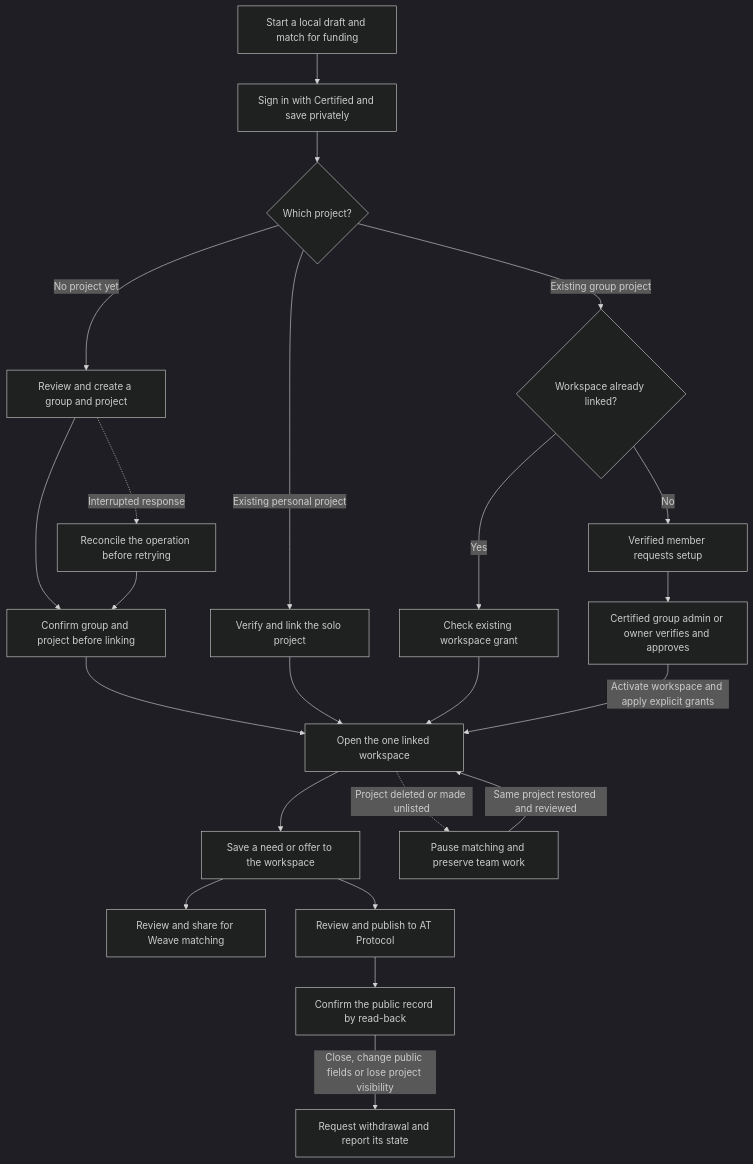
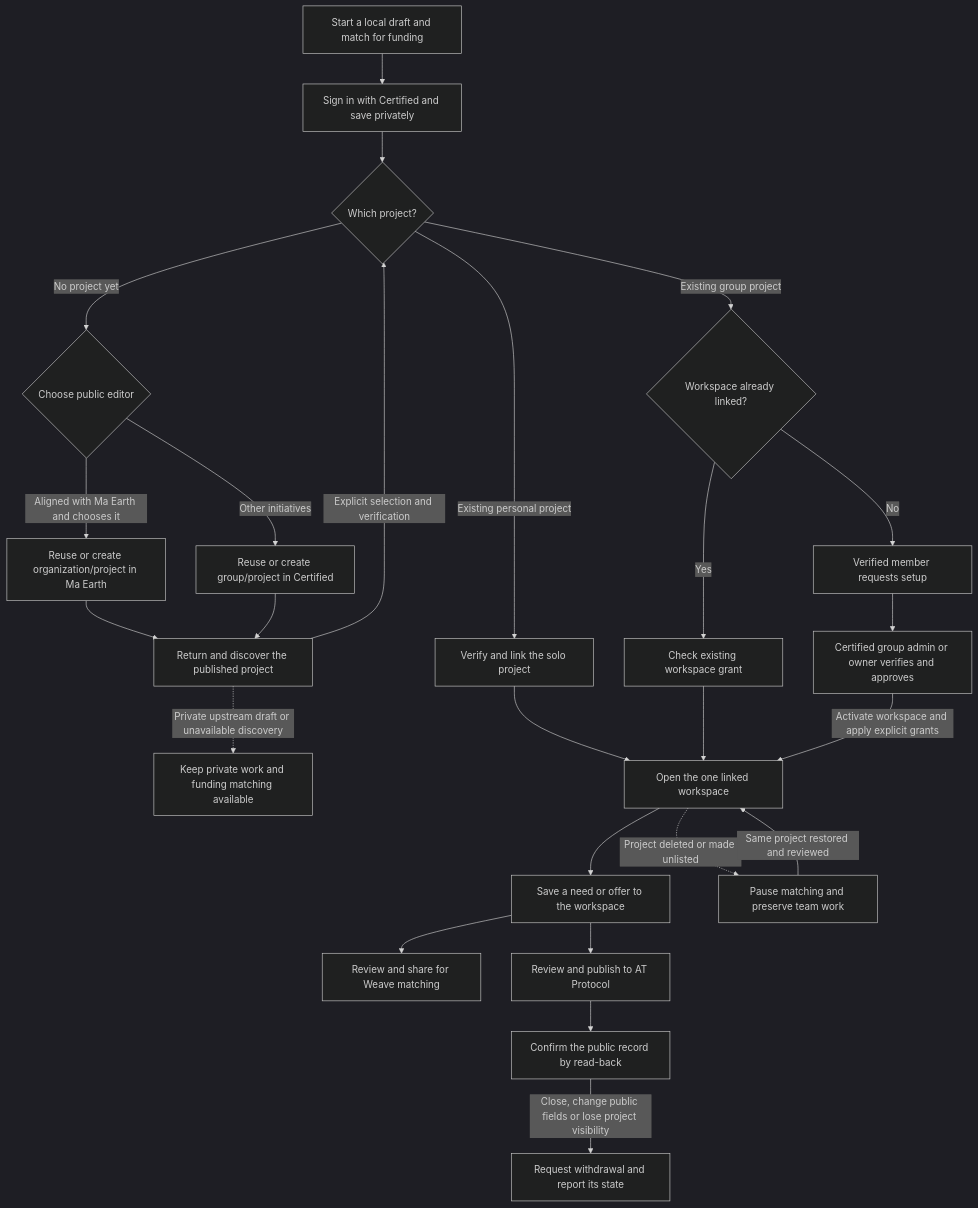
Before and after one commit to regen-commons/weave: the second of 10 diagrams in docs/platform/03-logical-architecture.md, drawn with Mermaid (dark theme). The commit also changed other lines of this file and 5 other files, not shown here.

Commit message:
docs(platform): use external public project editors

````diff
--- a/docs/platform/03-logical-architecture.md
+++ b/docs/platform/03-logical-architecture.md
@@ -54,25 +57,27 @@
 ```mermaid
 flowchart TB
   draft["Start a local draft and match for funding"] --> save["Sign in with Certified and save privately"]
   save --> select{"Which project?"}
-  select -->|"No project yet"| create["Review and create a group and project"]
+  select -->|"No project yet"| editor{"Choose public editor"}
+  editor -->|"Aligned with Ma Earth and chooses it"| ma["Reuse or create organization/project in Ma Earth"]
+  editor -->|"Other initiatives"| certifiedEditor["Reuse or create group/project in Certified"]
   select -->|"Existing personal project"| solo["Verify and link the solo project"]
   select -->|"Existing group project"| access{"Workspace already linked?"}
   access -->|"Yes"| grant["Check existing workspace grant"]
   access -->|"No"| request["Verified member requests setup"]
   request --> approve["Certified group admin or owner verifies and approves"]
-  create --> readback["Confirm group and project before linking"]
-  create -.->|"Interrupted response"| retry["Reconcile the operation before retrying"]
-  retry --> readback
-  readback --> workspace["Open the one linked workspace"]
-  solo --> workspace
+  ma --> readback["Return and discover the published project"]
+  certifiedEditor --> readback
+  readback -->|"Explicit selection and verification"| select
+  readback -.->|"Private upstream draft or unavailable discovery"| keepWorking["Keep private work and funding matching available"]
+  solo --> workspace["Open the one linked workspace"]
   grant --> workspace
   approve -->|"Activate workspace and apply explicit grants"| workspace
   workspace --> entry["Save a need or offer to the workspace"]
   entry --> share["Review and share for Weave matching"]
   entry --> publish["Review and publish to AT Protocol"]
   publish --> confirmed["Confirm the public record by read-back"]
   confirmed -->|"Close, change public fields or lose project visibility"| withdraw["Request withdrawal and report its state"]
   workspace -.->|"Project deleted or made unlisted"| paused["Pause matching and preserve team work"]
   paused -->|"Same project restored and reviewed"| workspace
 ```
````
